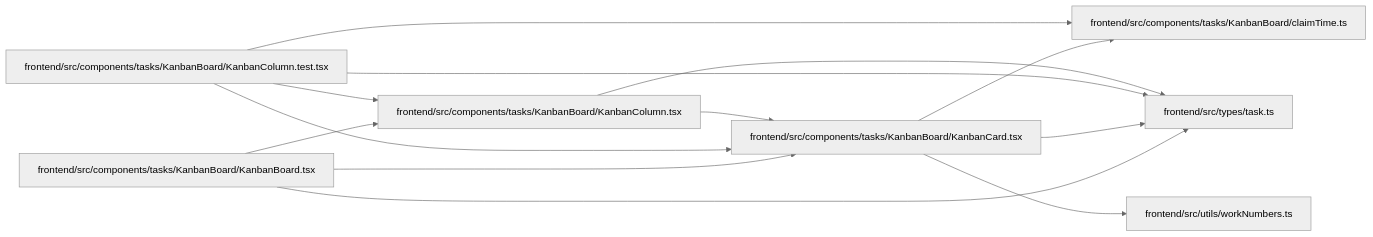
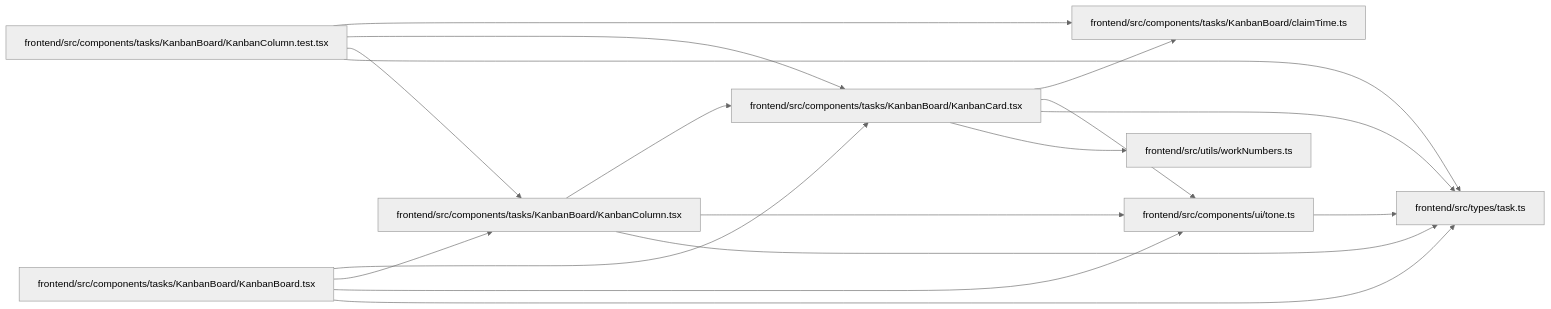
Before and after one commit to Denissvgn/WorkChord: the diagram in docs/llm_wiki/modules/KanbanCard.md, drawn with Mermaid (neutral theme). The commit also changed other lines of this file and 307 other files, not shown here.

````diff
--- a/docs/llm_wiki/modules/KanbanCard.md
+++ b/docs/llm_wiki/modules/KanbanCard.md
@@ -33,29 +34,35 @@
 ```mermaid
 flowchart LR
     n0["frontend/src/components/tasks/KanbanBoard/claimTime.ts"]
     n1["frontend/src/components/tasks/KanbanBoard/KanbanBoard.tsx"]
     n2["frontend/src/components/tasks/KanbanBoard/KanbanCard.tsx"]
     n3["frontend/src/components/tasks/KanbanBoard/KanbanColumn.test.tsx"]
     n4["frontend/src/components/tasks/KanbanBoard/KanbanColumn.tsx"]
-    n5["frontend/src/types/task.ts"]
-    n6["frontend/src/utils/workNumbers.ts"]
+    n5["frontend/src/components/ui/tone.ts"]
+    n6["frontend/src/types/task.ts"]
+    n7["frontend/src/utils/workNumbers.ts"]
     n1 --> n2
     n1 --> n4
     n1 --> n5
+    n1 --> n6
     n2 --> n0
     n2 --> n5
     n2 --> n6
+    n2 --> n7
     n3 --> n0
     n3 --> n2
     n3 --> n4
-    n3 --> n5
+    n3 --> n6
     n4 --> n2
     n4 --> n5
+    n4 --> n6
+    n5 --> n6
     click n0 "../modules/claimTime.md"
     click n1 "../modules/KanbanBoard.md"
     click n2 "../modules/KanbanCard.md"
     click n3 "../modules/KanbanColumn.test.md"
     click n4 "../modules/KanbanColumn.md"
-    click n5 "../modules/types_task.md"
-    click n6 "../modules/workNumbers.md"
+    click n5 "../modules/tone.md"
+    click n6 "../modules/types_task.md"
+    click n7 "../modules/workNumbers.md"
 ```
````
